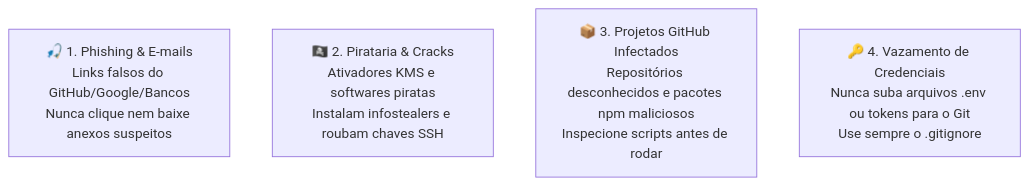
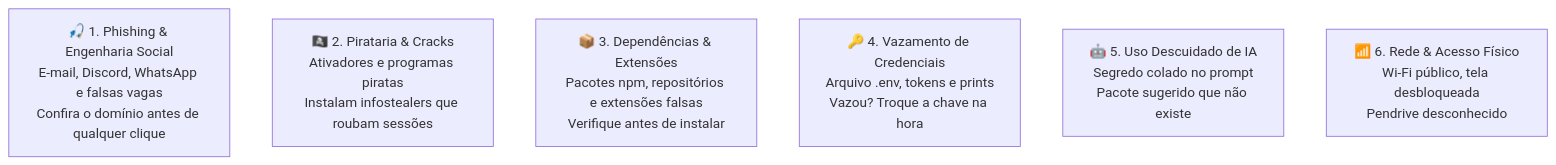
Before and after one commit to Roliveira96/manual-do-calouro: the diagram in docs/05-setup-ambiente-linux.md, drawn with Mermaid. The commit also changed other lines of this file and 3 other files, not shown here.

````diff
--- a/docs/05-setup-ambiente-linux.md
+++ b/docs/05-setup-ambiente-linux.md
@@ -103,7 +129,9 @@
 ```mermaid
 flowchart TD
-    A["🎣 1. Phishing & E-mails\nLinks falsos do GitHub/Google/Bancos\nNunca clique nem baixe anexos suspeitos"]
-    B["🏴‍☠️ 2. Pirataria & Cracks\nAtivadores KMS e softwares piratas\nInstalam infostealers e roubam chaves SSH"]
-    C["📦 3. Projetos GitHub Infectados\nRepositórios desconhecidos e pacotes npm maliciosos\nInspecione scripts antes de rodar"]
-    D["🔑 4. Vazamento de Credenciais\nNunca suba arquivos .env ou tokens para o Git\nUse sempre o .gitignore"]
+    A["🎣 1. Phishing & Engenharia Social<br>E-mail, Discord, WhatsApp e falsas vagas<br>Confira o domínio antes de qualquer clique"]
+    B["🏴‍☠️ 2. Pirataria & Cracks<br>Ativadores e programas piratas<br>Instalam infostealers que roubam sessões"]
+    C["📦 3. Dependências & Extensões<br>Pacotes npm, repositórios e extensões falsas<br>Verifique antes de instalar"]
+    D["🔑 4. Vazamento de Credenciais<br>Arquivo .env, tokens e prints<br>Vazou? Troque a chave na hora"]
+    E["🤖 5. Uso Descuidado de IA<br>Segredo colado no prompt<br>Pacote sugerido que não existe"]
+    F["📶 6. Rede & Acesso Físico<br>Wi-Fi público, tela desbloqueada<br>Pendrive desconhecido"]
 ```
````
